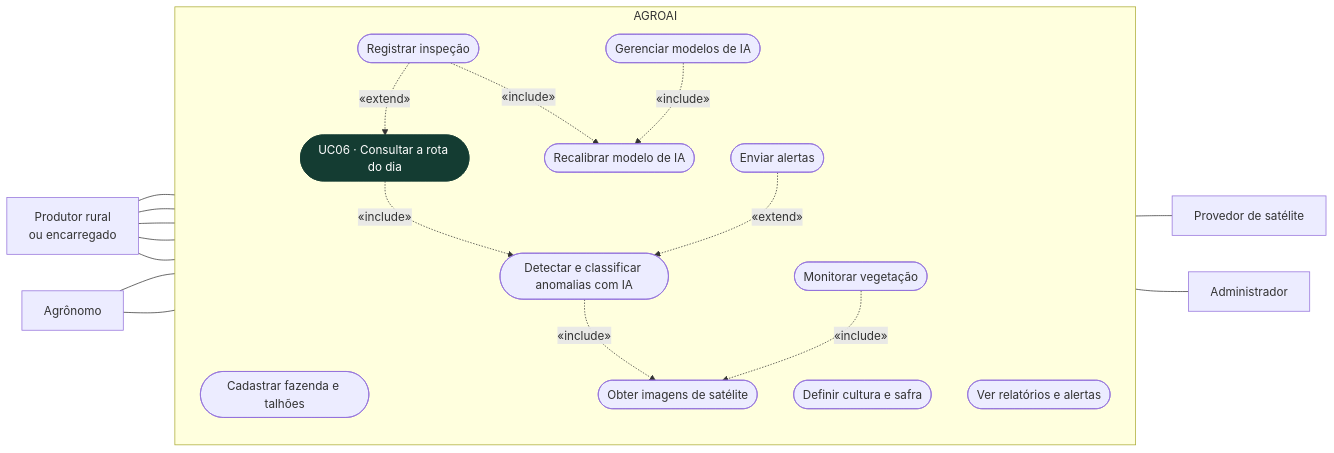
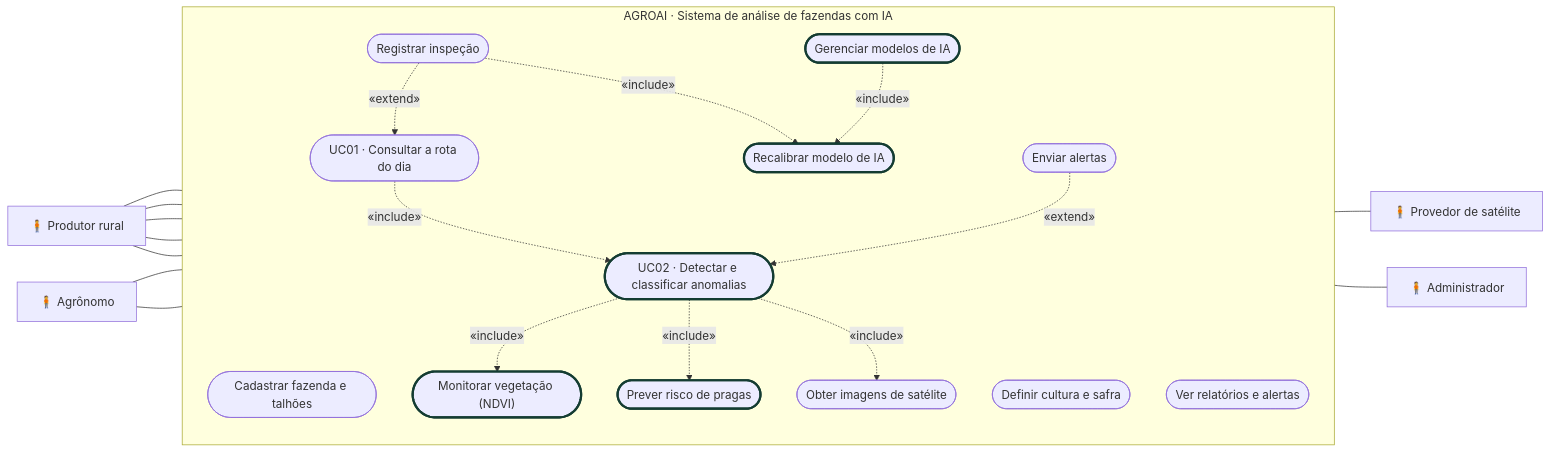
One commit to oThiagoBraziellas/EngenhariaDeRequisitos changed the first of 2 diagrams in Unidade5/README.md. Above: the diagram before and after it, drawn with Mermaid. The commit also changed other lines of this file and 9 other files, not shown here.

First line of the commit message:
docs: refaz o pitch do AGROAI com imagens reais e 27 requisitos

````diff
--- a/Unidade5/README.md
+++ b/Unidade5/README.md
@@ -107,41 +159,44 @@
 ```mermaid
 flowchart LR
-    PR["Produtor rural<br/>ou encarregado"]
-    AG["Agrônomo"]
-    SAT["Provedor de satélite"]
-    ADM["Administrador"]
+    PR["🧍 Produtor rural"]
+    AG["🧍 Agrônomo"]
+    SAT["🧍 Provedor de satélite"]
+    ADM["🧍 Administrador"]
 
-    subgraph AGROAI
+    subgraph AGROAI["AGROAI · Sistema de análise de fazendas com IA"]
         direction TB
-        UC1(["Cadastrar fazenda e talhões"])
-        UC2(["Definir cultura e safra"])
-        UC6(["UC06 · Consultar a rota do dia"])
-        UC7(["Registrar inspeção"])
-        UC9(["Ver relatórios e alertas"])
-        UC10(["Monitorar vegetação"])
-        UCA(["Detectar e classificar anomalias com IA"])
-        UCR(["Recalibrar modelo de IA"])
-        UCI(["Obter imagens de satélite"])
-        UCE(["Enviar alertas"])
-        UCM(["Gerenciar modelos de IA"])
+        CAD(["Cadastrar fazenda e talhões"])
+        DEF(["Definir cultura e safra"])
+        REL(["Ver relatórios e alertas"])
+        MON(["Monitorar vegetação (NDVI)"])
+        ROT(["UC01 · Consultar a rota do dia"])
+        INS(["Registrar inspeção"])
+        DET(["UC02 · Detectar e classificar anomalias"])
+        PRE(["Prever risco de pragas"])
+        ALE(["Enviar alertas"])
+        REC(["Recalibrar modelo de IA"])
+        IMG(["Obter imagens de satélite"])
+        GER(["Gerenciar modelos de IA"])
     end
 
-    PR --- UC1
-    PR --- UC2
-    PR --- UC6
-    PR --- UC7
-    PR --- UC9
-    AG --- UC9
-    AG --- UC10
-    UC6 -. "«include»" .-> UCA
-    UCA -. "«include»" .-> UCI
-    UC10 -. "«include»" .-> UCI
-    UC7 -. "«extend»" .-> UC6
-    UC7 -. "«include»" .-> UCR
-    UCE -. "«extend»" .-> UCA
-    UCM -. "«include»" .-> UCR
-    UCI --- SAT
-    UCM --- ADM
+    PR --- CAD
+    PR --- DEF
+    PR --- REL
+    PR --- ROT
+    PR --- INS
+    AG --- REL
+    AG --- MON
+    ROT -. "«include»" .-> DET
+    DET -. "«include»" .-> MON
+    DET -. "«include»" .-> PRE
+    DET -. "«include»" .-> IMG
+    INS -. "«extend»" .-> ROT
+    INS -. "«include»" .-> REC
+    ALE -. "«extend»" .-> DET
+    GER -. "«include»" .-> REC
+    IMG --- SAT
+    GER --- ADM
 
-    style UC6 fill:#143c32,color:#ffffff,stroke:#143c32
+    classDef ia stroke:#143C32,stroke-width:3px
+    class MON,DET,PRE,REC,GER ia
 ```
````
